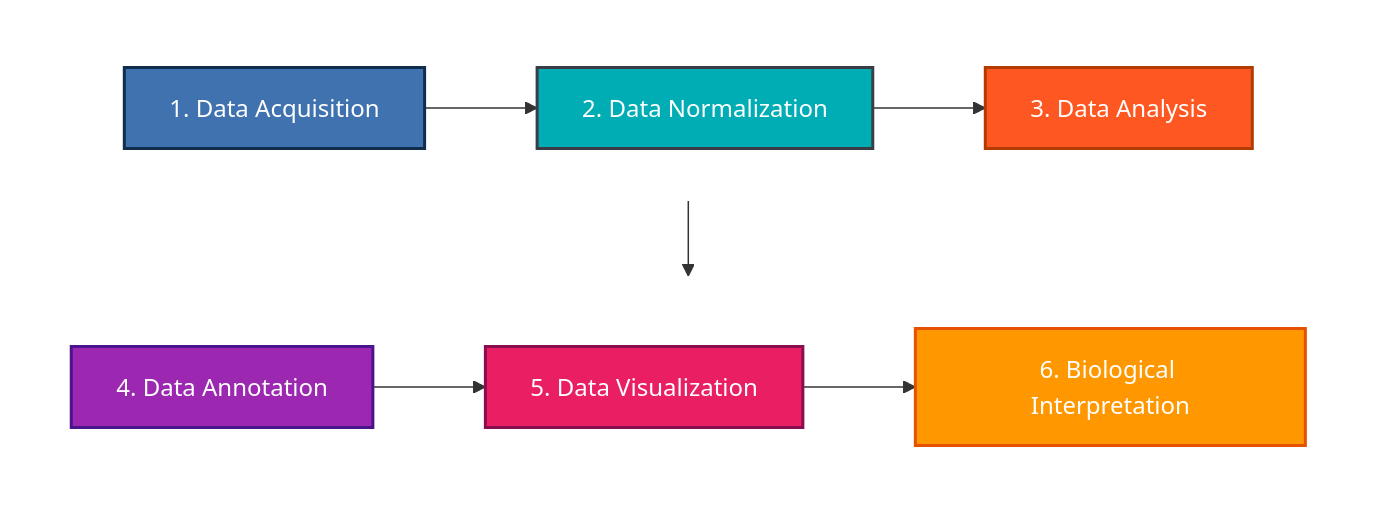
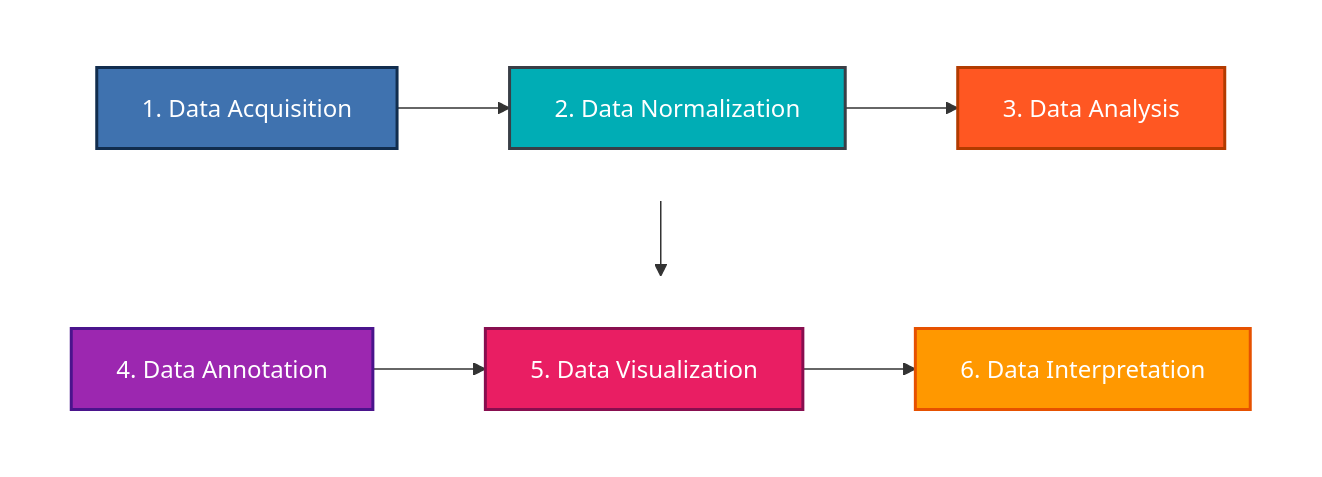
The diagram in README.md (JoseManurung/PDAC-PNI-Transcriptomics-Analysis), drawn with Mermaid before and after one commit.

````diff
--- a/README.md
+++ b/README.md
@@ -81,31 +81,31 @@
 ```mermaid
 graph TD
     %% Top Row: Steps 1 to 4 (Flowing Left to Right)
     subgraph Row1 [ ]
         direction LR
         S1["1. Data Acquisition"] --> S2["2. Data Normalization"]
         S2 --> S3["3. Data Analysis"]
     end
 
     %% Vertical connector from Step 3 down to Step 4
     S3 --> S4
 
     %% Bottom Row: Steps 4 to 6 (Flowing Right to Left)
     subgraph Row2 [ ]
         direction LR
         S4["4. Data Annotation"] --> S5["5. Data Visualization"]
-        S5 --> S6["6. Biological Interpretation"]
+        S5 --> S6["6. Data Interpretation"]
     end
 
     %% Creative Colorful Styling for Each Step
     style S1 fill:#3f72af,color:#fff,stroke:#112d4e,stroke-width:2px
     style S2 fill:#00adb5,color:#fff,stroke:#393e46,stroke-width:2px
     style S3 fill:#ff5722,color:#fff,stroke:#b23b00,stroke-width:2px
     style S4 fill:#9c27b0,color:#fff,stroke:#4a148c,stroke-width:2px
     style S5 fill:#e91e63,color:#fff,stroke:#880e4f,stroke-width:2px
     style S6 fill:#ff9800,color:#fff,stroke:#e65100,stroke-width:2px
 
     %% Remove subgraph borders and background for a clean layout
     style Row1 fill:transparent,stroke:none
     style Row2 fill:transparent,stroke:none
 ```
````
